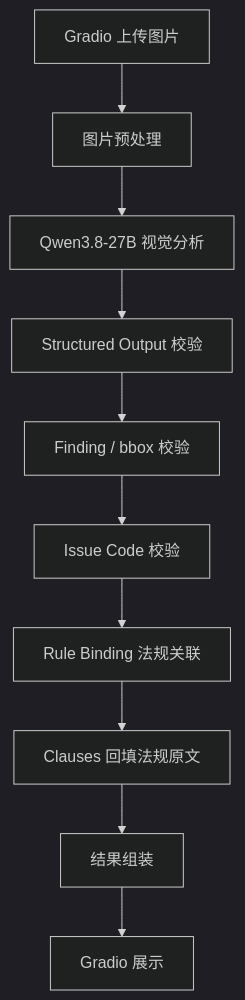
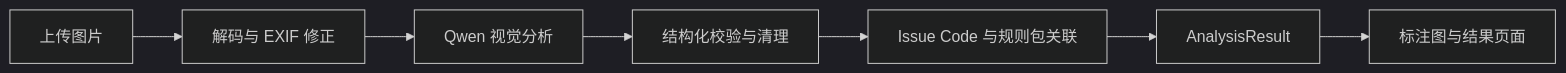
Before and after one commit to cqw241/AI-Powered-Fire-Risk-Analysis-System: the diagram in docs/设计文档.md, drawn with Mermaid (dark theme). The commit also changed other lines of this file and 10 other files, not shown here.

````diff
--- a/docs/设计文档.md
+++ b/docs/设计文档.md
@@ -29,12 +7,9 @@
 ```mermaid
-flowchart TD
-    A[Gradio 上传图片] --> B[图片预处理]
-    B --> C[Qwen3.8-27B 视觉分析]
-    C --> D[Structured Output 校验]
-    D --> E[Finding / bbox 校验]
-    E --> F[Issue Code 校验]
-    F --> G[Rule Binding 法规关联]
-    G --> H[Clauses 回填法规原文]
-    H --> I[结果组装]
-    I --> J[Gradio 展示]
+flowchart LR
+  A[上传图片] --> B[解码与 EXIF 修正]
+  B --> C[Qwen 视觉分析]
+  C --> D[结构化校验与清理]
+  D --> E[Issue Code 与规则包关联]
+  E --> F[AnalysisResult]
+  F --> G[标注图与结果页面]
 ```
````
